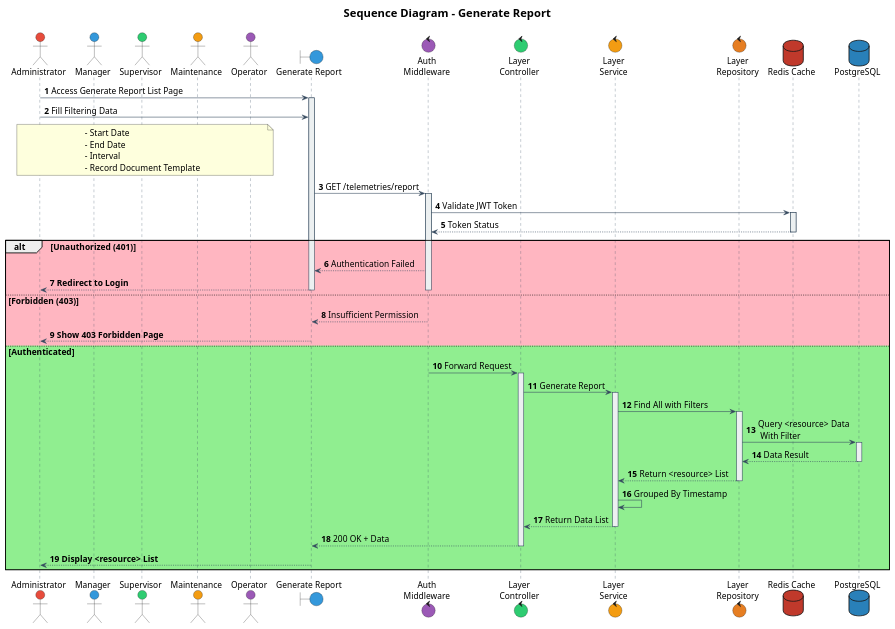
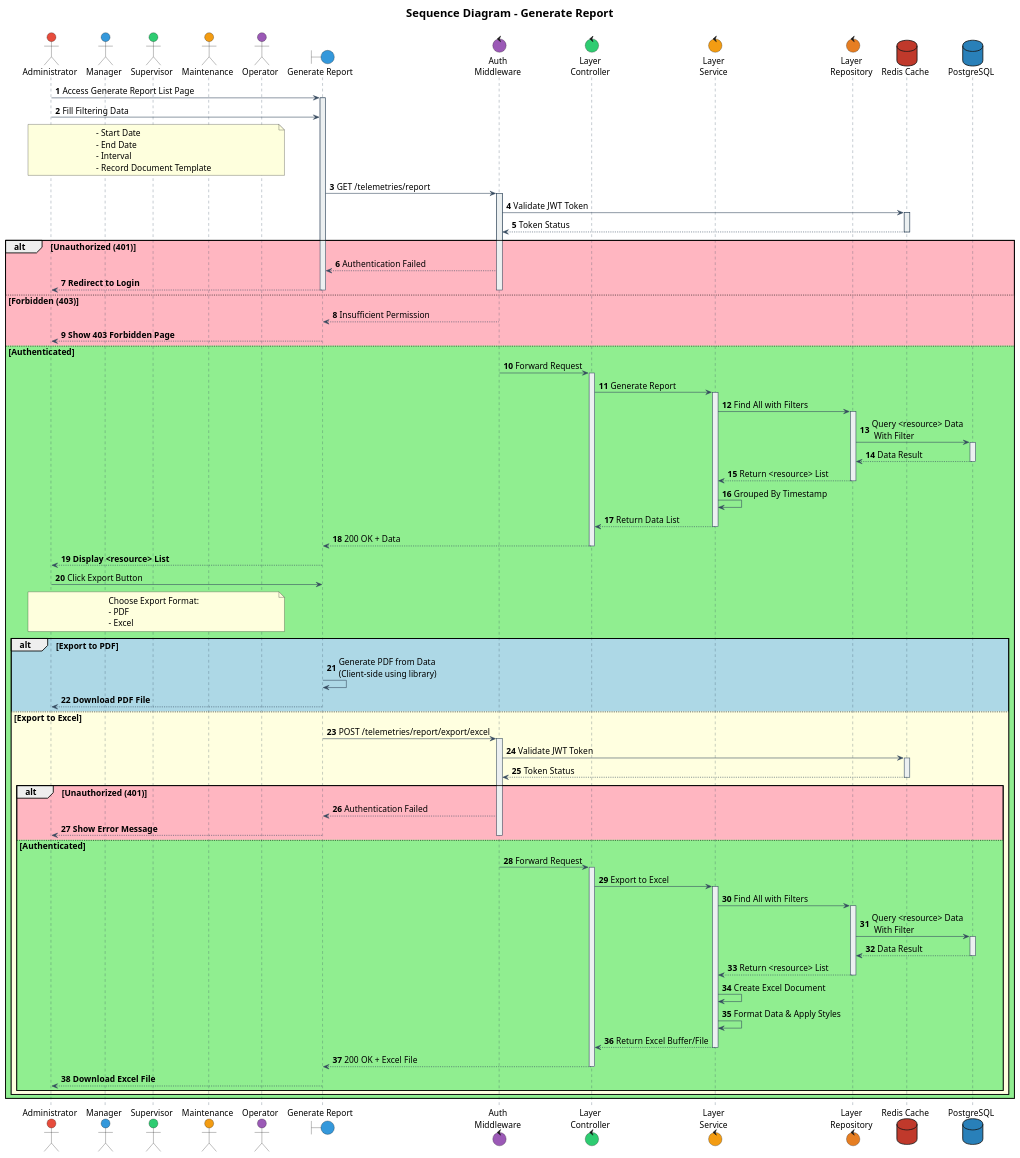
Before and after one commit to IntConnect/go-intconnect-api: the diagram in documentation/sequence/document/template/generate.puml, drawn with PlantUML. The commit also changed 3 other files, not shown here.

Commit message:
feat(docs): Add act & seq diagram

```diff
--- a/documentation/sequence/document/template/generate.puml
+++ b/documentation/sequence/document/template/generate.puml
@@ -1,115 +1,172 @@
 @startuml
 
 ' Font configuration
 skinparam defaultFontName Times New Roman
 skinparam defaultFontSize 15
 
 ' Participant styling
 skinparam participant {
     BackgroundColor #ECF0F1
     BorderColor #34495E
     FontColor Black
     FontName Times New Roman
     FontSize 15
 }
 
 skinparam sequence {
     ArrowColor #34495E
     LifeLineBorderColor #34495E
     LifeLineBackgroundColor #ECF0F1
     ArrowFontName Times New Roman
     ArrowFontSize 15
 }
 
 skinparam actorFontSize 15
 skinparam noteFontSize 15
 skinparam noteFontName "Times New Roman"
 
 ' Actors and components
 actor "Administrator" as admin #E74C3C
 actor "Manager" as mgr #3498DB
 actor "Supervisor" as spv #2ECC71
 actor "Maintenance" as mtn #F39C12
 actor "Operator" as op #9B59B6
 boundary "Generate Report " as boundList #3498DB
 control "Auth\nMiddleware" as authMiddleware #9B59B6
 control "Layer\nController" as controller #2ECC71
 control "Layer\nService" as service #F39C12
 control "Layer\nRepository" as repository #E67E22
 database "Redis Cache" as dbRedis #C0392B
 database "PostgreSQL" as dbPsql #2980B9
 
 title
 <size:20><b>Sequence Diagram - Generate Report</b></size>
 ----
 end title
 
 autonumber
 
 
 
 ' === MAIN FLOW ===
 admin -> boundList: Access Generate Report List Page
 activate boundList
 admin -> boundList: Fill Filtering Data
 note over admin, op
 - Start Date
 - End Date
 - Interval
 - Record Document Template
 end note
 boundList -> authMiddleware: GET /telemetries/report
 activate authMiddleware
 
 ' === AUTHENTICATION ===
 authMiddleware -> dbRedis: Validate JWT Token
 activate dbRedis
 dbRedis --> authMiddleware: Token Status
 deactivate dbRedis
 
 alt #LightPink Unauthorized (401)
     authMiddleware --> boundList: Authentication Failed
     boundList --> admin: **Redirect to Login**
     deactivate authMiddleware
     deactivate boundList
     
 else #LightPink Forbidden (403)
     authMiddleware --> boundList: Insufficient Permission
     boundList --> admin: **Show 403 Forbidden Page**
     deactivate authMiddleware
     deactivate boundList
     
 else #LightGreen Authenticated
 
     authMiddleware -> controller: Forward Request
     deactivate authMiddleware
     activate controller
 
     controller -> service: Generate Report
     activate service
 
     ' === FETCH DATA FROM DATABASE ===
     service -> repository: Find All with Filters
     activate repository
     
     repository -> dbPsql: Query <resource> Data\n With Filter
     activate dbPsql
     dbPsql --> repository: Data Result
     deactivate dbPsql
 
     repository --> service: Return <resource> List
     deactivate repository
 
-service -> service: Grouped By Timestamp
+    service -> service: Grouped By Timestamp
     service --> controller: Return Data List
     deactivate service
 
     controller --> boundList: 200 OK + Data
     deactivate controller
 
     boundList --> admin: **Display <resource> List**
+
+    ' === EXPORT FLOW ===
+    admin -> boundList: Click Export Button
+    note over admin, op
+    Choose Export Format:
+    - PDF
+    - Excel
+    end note
+
+    alt #LightBlue Export to PDF
+        boundList -> boundList: Generate PDF from Data\n(Client-side using library)
+        boundList --> admin: **Download PDF File**
+
+    else #LightYellow Export to Excel
+        boundList -> authMiddleware: POST /telemetries/report/export/excel
+        activate authMiddleware
+
+        authMiddleware -> dbRedis: Validate JWT Token
+        activate dbRedis
+        dbRedis --> authMiddleware: Token Status
+        deactivate dbRedis
+
+        alt #LightPink Unauthorized (401)
+            authMiddleware --> boundList: Authentication Failed
+            boundList --> admin: **Show Error Message**
+            deactivate authMiddleware
+
+        else #LightGreen Authenticated
+            authMiddleware -> controller: Forward Request
+            deactivate authMiddleware
+            activate controller
+
+            controller -> service: Export to Excel
+            activate service
+
+            service -> repository: Find All with Filters
+            activate repository
+
+            repository -> dbPsql: Query <resource> Data\n With Filter
+            activate dbPsql
+            dbPsql --> repository: Data Result
+            deactivate dbPsql
+
+            repository --> service: Return <resource> List
+            deactivate repository
+
+            service -> service: Create Excel Document
+            service -> service: Format Data & Apply Styles
+            service --> controller: Return Excel Buffer/File
+            deactivate service
+
+            controller --> boundList: 200 OK + Excel File
+            deactivate controller
+
+            boundList --> admin: **Download Excel File**
+        end
+    end
+
     deactivate boundList
-
 end
 
 @enduml
```
